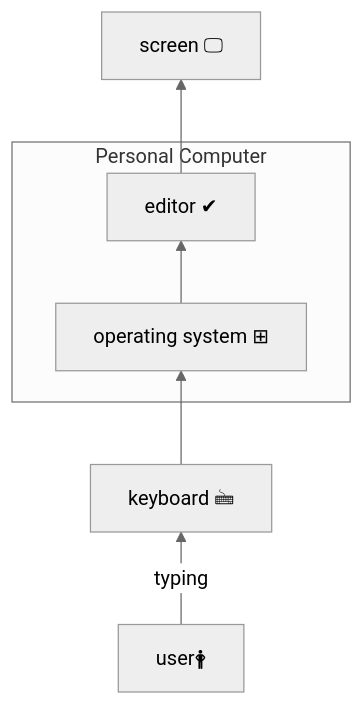
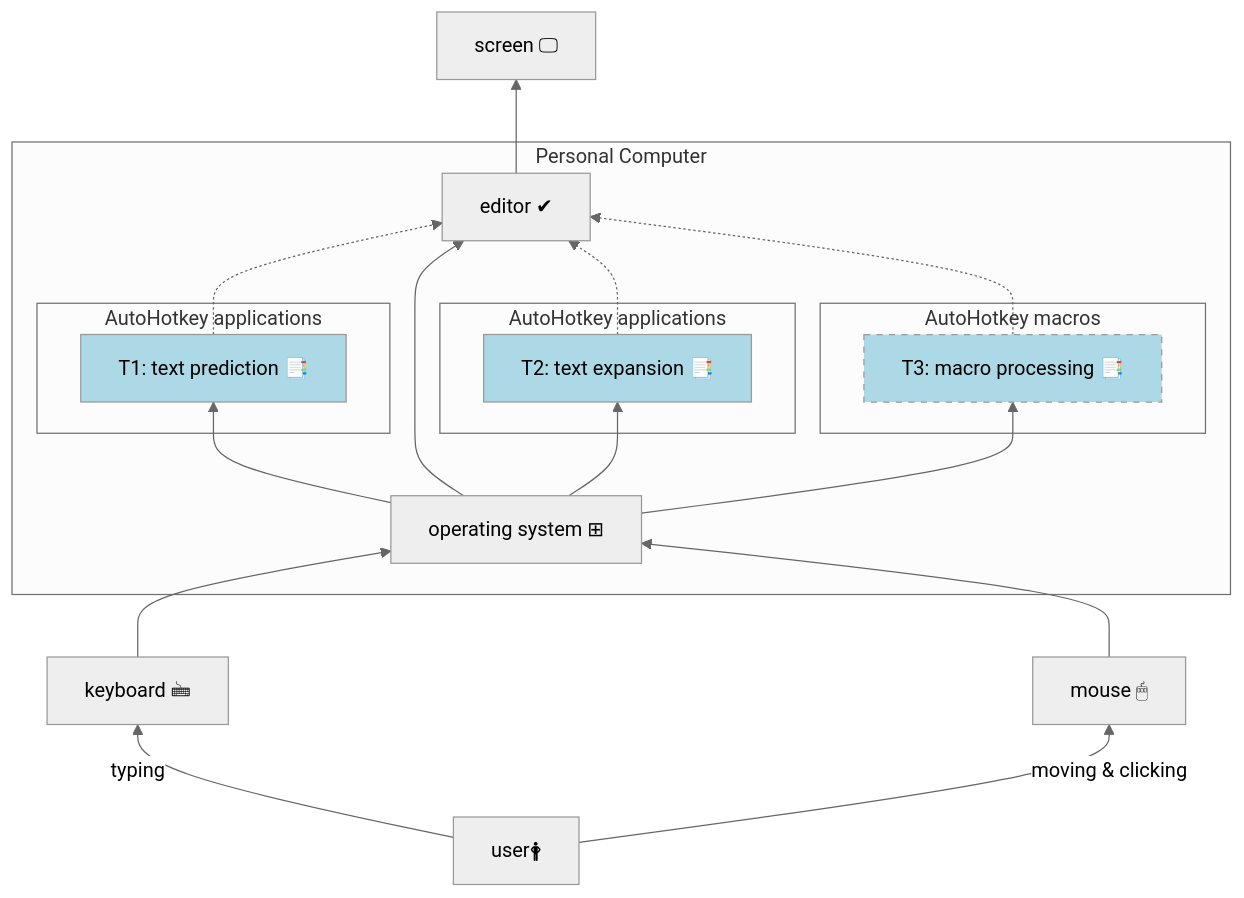
Before and after one commit to mslonik/mslonik: the second of 4 diagrams in BlockDiagrams_GitHub.md, drawn with Mermaid (neutral theme). The commit also changed other lines of this file and 1 other file, not shown here.

````diff
--- a/BlockDiagrams_GitHub.md
+++ b/BlockDiagrams_GitHub.md
@@ -67,18 +65,45 @@
 ```mermaid
-%% default / old approach
+%% hybrid approach 2
 flowchart BT
 	user["user🛉"]
 	keyboard["keyboard 🖮"]
+	mouse["mouse 🖱"]
 	screen["screen 🖵"] 
 	OperatingSystem["operating system ⊞"]
 	editor["editor ✔"]
+	TextPrediction["T1: text prediction 📑"]
+	TextExpansion["T2: text expansion 📑"]
+	MacroProcessing["T3: macro processing 📑"]
 
-    user	-->	 |typing| keyboard
+	user	-->	 	|typing| keyboard
+	user	-->		|moving & clicking| mouse
+    
+	subgraph "Personal Computer"
+        
+     	style TextPrediction 	fill:lightblue
+     	style TextExpansion 	fill:lightblue
+     	style MacroProcessing   fill:lightblue, stroke-dasharray:5	
+     	subgraph "AutoHotkey applications"
+     	    TextPrediction
+     	end	
+     	subgraph "AutoHotkey applications"
+     	    TextExpansion
+     	end
 
-    subgraph "Personal Computer"
-	    OperatingSystem		--> 	editor
-    end
+     	subgraph "AutoHotkey macros"
+     	    MacroProcessing
+     	end	
+     	OperatingSystem		--> 	TextPrediction
+     	OperatingSystem		--> 	TextExpansion
+     	OperatingSystem		--> 	MacroProcessing
+	
+     	TextPrediction 		-.->	editor
+     	OperatingSystem		--> 	editor
+     	TextExpansion 			-.->	editor
+     	MacroProcessing     	-.->	editor
+	end
 
-    keyboard			--> 	OperatingSystem
-    editor	--> screen
+     	keyboard				--> 	OperatingSystem
+     	mouse				--> 	OperatingSystem
+     	editor				--> 	screen
 ```
````
